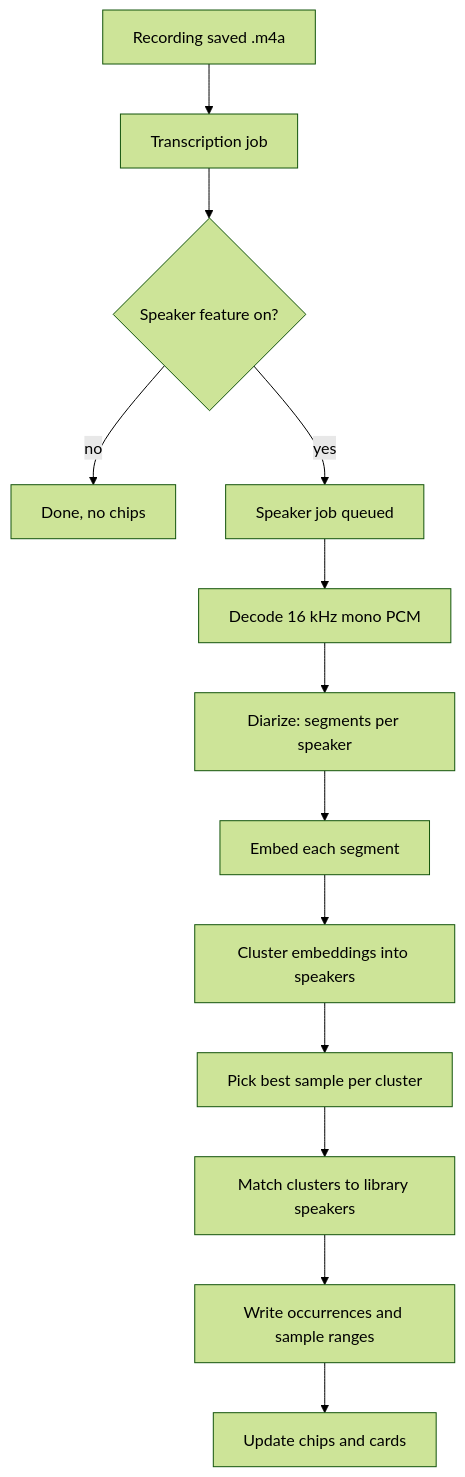
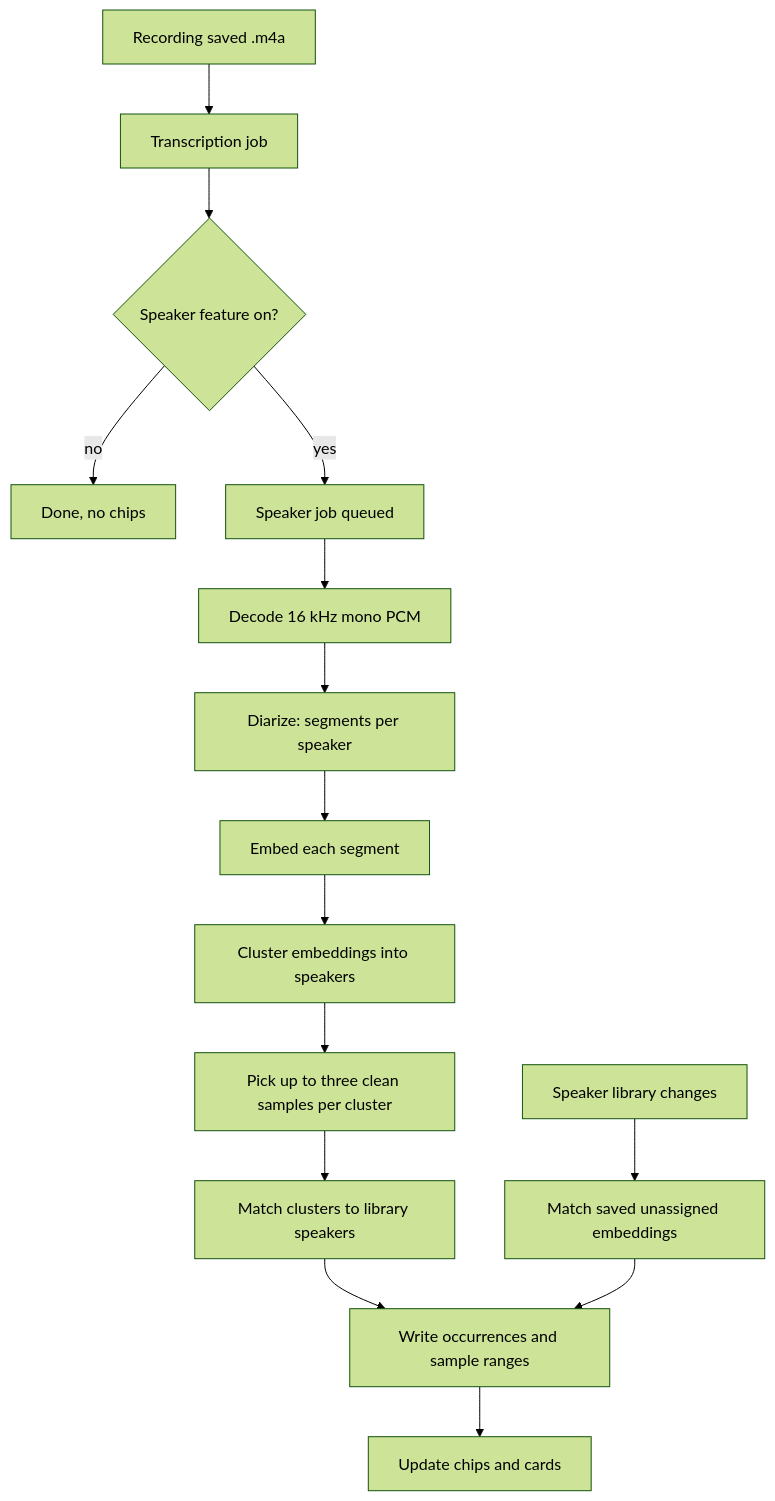
The diagram in features/speaker-recognition/SPEAKER_RECOGNITION.md (Marssmart/borrow_ai), drawn with Mermaid (forest theme) before and after one commit. The commit also changed other lines of this file and 38 other files, not shown here.

Commit message:
Add speaker samples and shared background queue

````diff
--- a/features/speaker-recognition/SPEAKER_RECOGNITION.md
+++ b/features/speaker-recognition/SPEAKER_RECOGNITION.md
@@ -128,15 +129,17 @@
 ```mermaid
 flowchart TD
     A[Recording saved .m4a] --> B[Transcription job]
     B --> C{Speaker feature on?}
     C -- no --> Z[Done, no chips]
     C -- yes --> D[Speaker job queued]
     D --> E[Decode 16 kHz mono PCM]
     E --> F[Diarize: segments per speaker]
     F --> G[Embed each segment]
     G --> H[Cluster embeddings into speakers]
-    H --> I[Pick best sample per cluster]
+    H --> I[Pick up to three clean samples per cluster]
     I --> J[Match clusters to library speakers]
     J --> K[Write occurrences and sample ranges]
     K --> L[Update chips and cards]
+    M[Speaker library changes] --> N[Match saved unassigned embeddings]
+    N --> K
 ```
````
